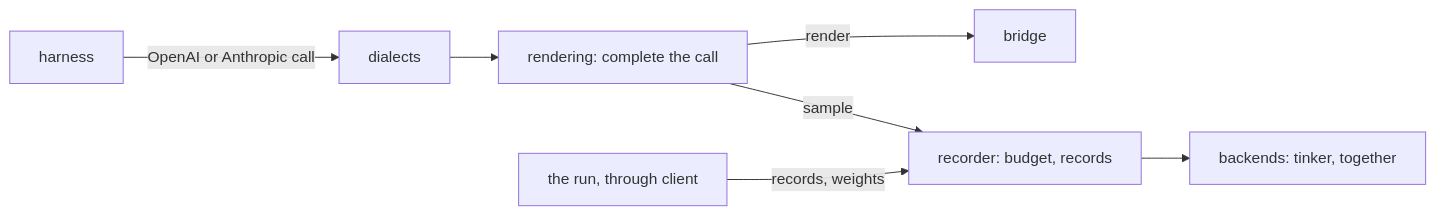
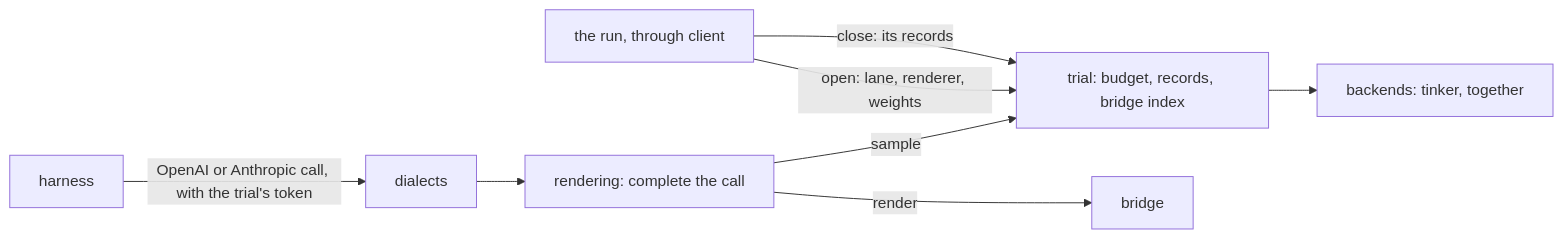
The diagram in packages/harness-proxy/README.md (ghidav/shipyard), drawn with Mermaid before and after one commit. The commit also changed other lines of this file and 111 other files, not shown here.

First line of the commit message:
Task hooks, Together sandboxes, dry runs, a GRPO recipe, and a proxy that tokenizes once per trial

````diff
--- a/packages/harness-proxy/README.md
+++ b/packages/harness-proxy/README.md
@@ -5,9 +5,10 @@
 ```mermaid
 flowchart LR
-    harness["harness"] -->|"OpenAI or Anthropic call"| dialect["dialects"]
+    run["the run, through client"] -->|"open: lane, renderer, weights"| trial["trial: budget, records, bridge index"]
+    harness["harness"] -->|"OpenAI or Anthropic call, with the trial's token"| dialect["dialects"]
     dialect --> rendering["rendering: complete the call"]
     rendering -->|render| bridge["bridge"]
-    rendering -->|sample| recorder["recorder: budget, records"]
-    recorder --> backend["backends: tinker, together"]
-    run["the run, through client"] -->|"records, weights"| recorder
+    rendering -->|sample| trial
+    trial --> backend["backends: tinker, together"]
+    run -->|"close: its records"| trial
 ```
````
